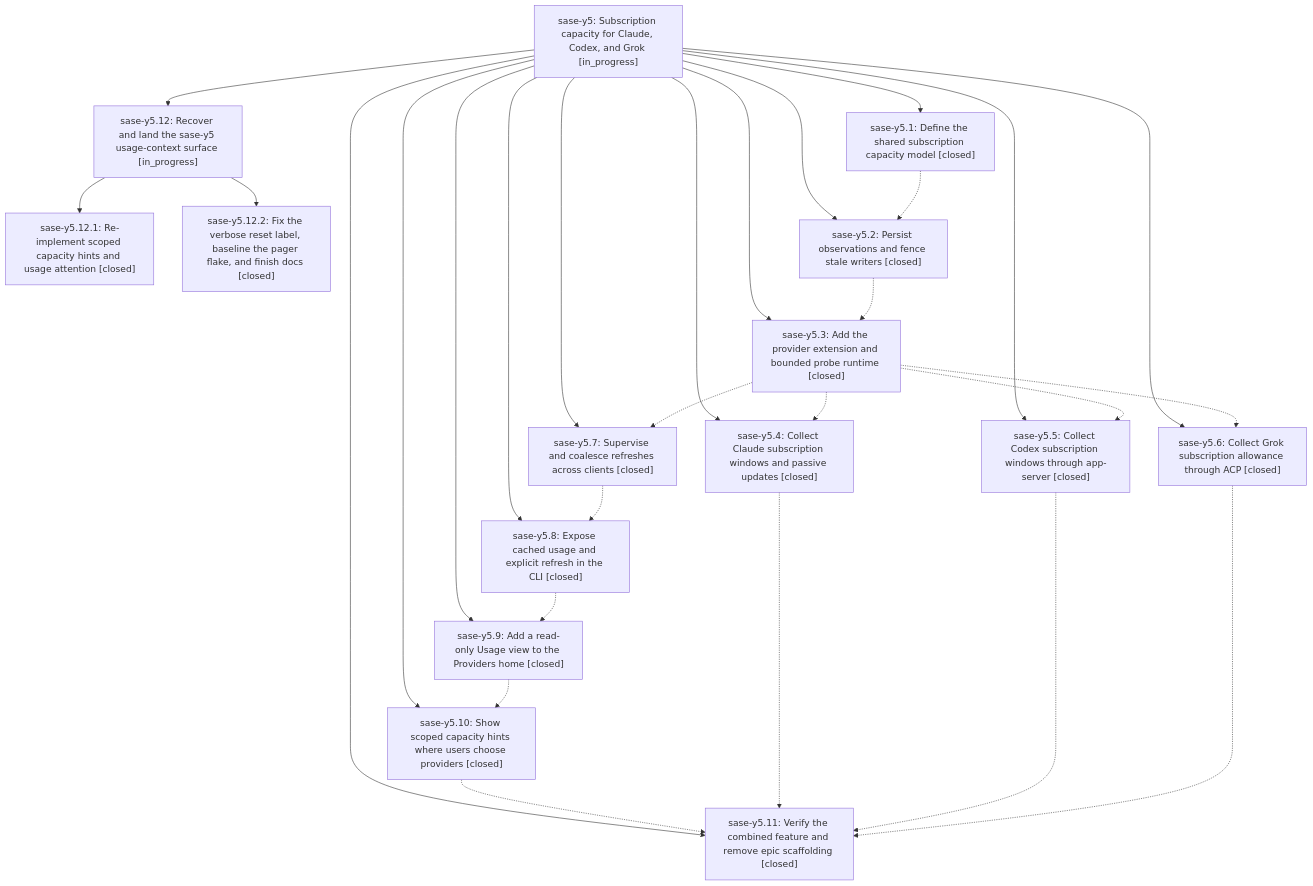
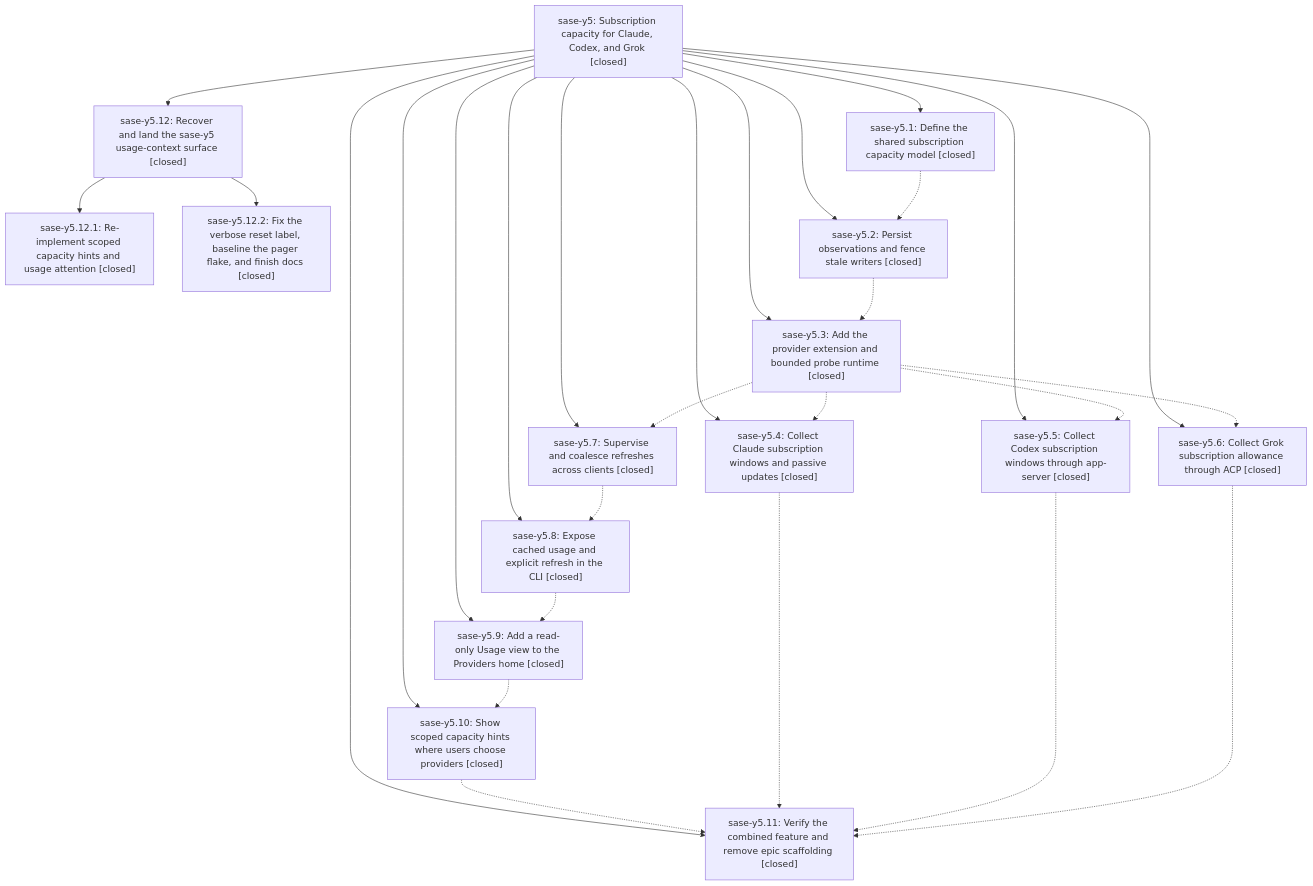
One commit to sase-org/sase--beads changed the diagram in pages/sase-y5/README.md. Above: the diagram before and after it, drawn with Mermaid. The commit also changed other lines of this file and 1 other file, not shown here.

First line of the commit message:
chore(beads): sync bead state and pages for sase-y5

````diff
--- a/pages/sase-y5/README.md
+++ b/pages/sase-y5/README.md
@@ -67,45 +81,45 @@
 ```mermaid
 flowchart TD
-    n0["sase-y5: Subscription capacity for Claude, Codex, and Grok [in_progress]"]
+    n0["sase-y5: Subscription capacity for Claude, Codex, and Grok [closed]"]
     n1["sase-y5.1: Define the shared subscription capacity model [closed]"]
     n2["sase-y5.10: Show scoped capacity hints where users choose providers [closed]"]
     n3["sase-y5.11: Verify the combined feature and remove epic scaffolding [closed]"]
-    n4["sase-y5.12: Recover and land the sase-y5 usage-context surface [in_progress]"]
+    n4["sase-y5.12: Recover and land the sase-y5 usage-context surface [closed]"]
     n5["sase-y5.12.1: Re-implement scoped capacity hints and usage attention [closed]"]
     n6["sase-y5.12.2: Fix the verbose reset label, baseline the pager flake, and finish docs [closed]"]
     n7["sase-y5.2: Persist observations and fence stale writers [closed]"]
     n8["sase-y5.3: Add the provider extension and bounded probe runtime [closed]"]
     n9["sase-y5.4: Collect Claude subscription windows and passive updates [closed]"]
     n10["sase-y5.5: Collect Codex subscription windows through app-server [closed]"]
     n11["sase-y5.6: Collect Grok subscription allowance through ACP [closed]"]
     n12["sase-y5.7: Supervise and coalesce refreshes across clients [closed]"]
     n13["sase-y5.8: Expose cached usage and explicit refresh in the CLI [closed]"]
     n14["sase-y5.9: Add a read-only Usage view to the Providers home [closed]"]
     n0 --> n1
     n0 --> n2
     n0 --> n3
     n0 --> n4
     n4 --> n5
     n4 --> n6
     n0 --> n7
     n0 --> n8
     n0 --> n9
     n0 --> n10
     n0 --> n11
     n0 --> n12
     n0 --> n13
     n0 --> n14
     n1 -.-> n7
     n2 -.-> n3
     n7 -.-> n8
     n8 -.-> n9
     n8 -.-> n10
     n8 -.-> n11
     n8 -.-> n12
     n9 -.-> n3
     n10 -.-> n3
     n11 -.-> n3
     n12 -.-> n13
     n13 -.-> n14
     n14 -.-> n2
 ```
````
